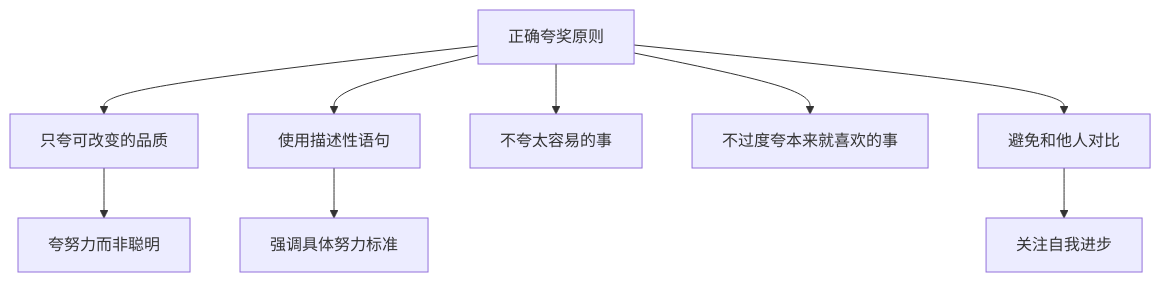
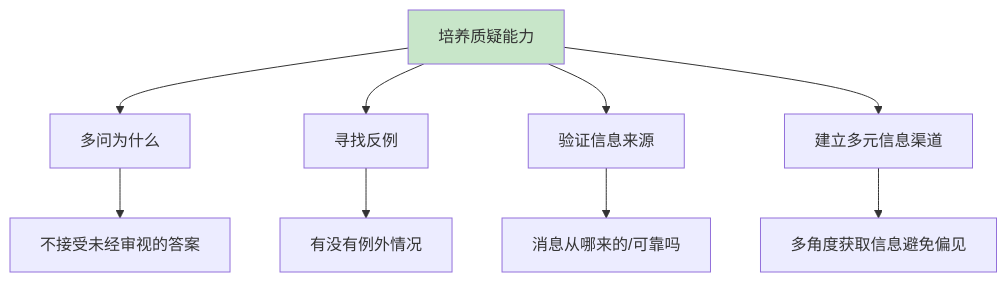
The fifth of 9 diagrams in 10.自我进阶提升书/07.底层思维的训练/7.5质疑精神的分析.md (chongyang211/YCBookBlog), drawn with Mermaid before and after one commit. The commit also changed other lines of this file and 6 other files, not shown here.

````diff
--- a/10.自我进阶提升书/07.底层思维的训练/7.5质疑精神的分析.md
+++ b/10.自我进阶提升书/07.底层思维的训练/7.5质疑精神的分析.md
@@ -99,11 +188,12 @@
 ```mermaid
 graph TD
-    A[正确夸奖原则] --> B[只夸可改变的品质]
-    A --> C[使用描述性语句]
-    A --> D[不夸太容易的事]
-    A --> E[不过度夸本来就喜欢的事]
-    A --> F[避免和他人对比]
-    B --> B1[夸努力而非聪明]
-    C --> C1[强调具体努力标准]
-    F --> F1[关注自我进步]
+    A[培养质疑能力] --> B[多问为什么]
+    A --> C[寻找反例]
+    A --> D[验证信息来源]
+    A --> E[建立多元信息渠道]
+    B --> B1[不接受未经审视的答案]
+    C --> C1[有没有例外情况]
+    D --> D1[消息从哪来的/可靠吗]
+    E --> E1[多角度获取信息避免偏见]
+    style A fill:#c8e6c9
 ```
````
